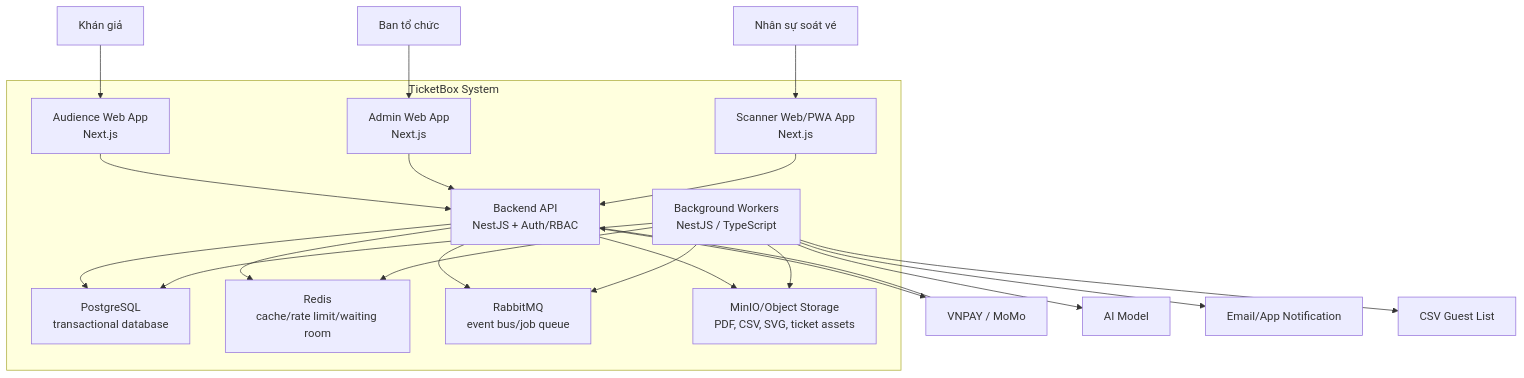
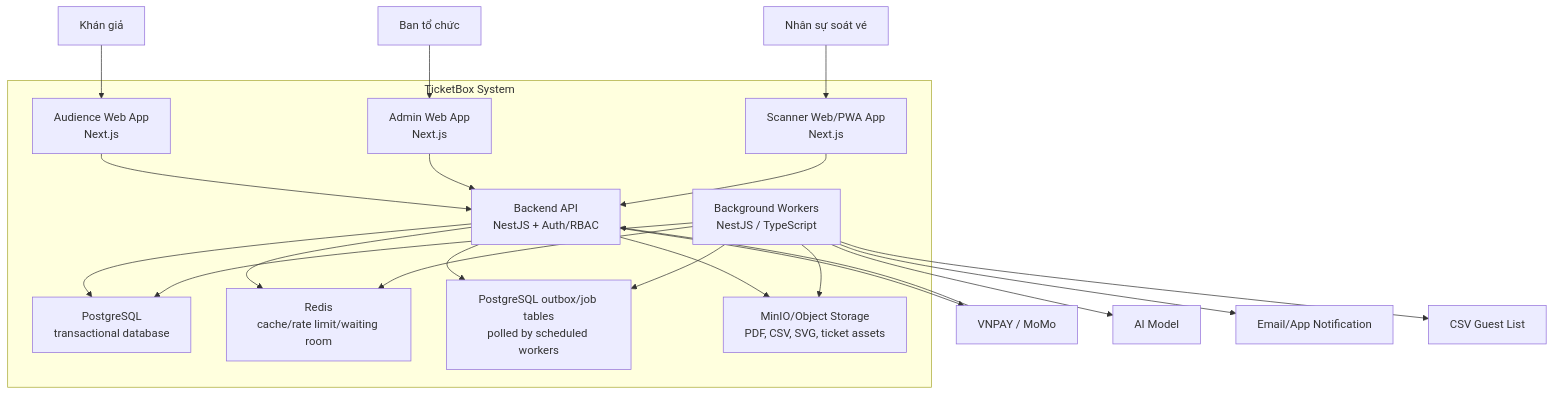
Before and after one commit to Toanapr/ticket-box: the second of 2 diagrams in blueprint/02-c4-diagrams.md, drawn with Mermaid. The commit also changed other lines of this file and 16 other files, not shown here.

````diff
--- a/blueprint/02-c4-diagrams.md
+++ b/blueprint/02-c4-diagrams.md
@@ -38,47 +38,47 @@
 ```mermaid
 flowchart TD
     Audience["Khán giả"]
     Organizer["Ban tổ chức"]
     ScannerStaff["Nhân sự soát vé"]
 
     subgraph TicketBox["TicketBox System"]
         AudienceWeb["Audience Web App<br/>Next.js"]
         AdminWeb["Admin Web App<br/>Next.js"]
         ScannerApp["Scanner Web/PWA App<br/>Next.js"]
         Gateway["Backend API<br/>NestJS + Auth/RBAC"]
         Workers["Background Workers<br/>NestJS / TypeScript"]
         Postgres["PostgreSQL<br/>transactional database"]
         Redis["Redis<br/>cache/rate limit/waiting room"]
-        RabbitMQ["RabbitMQ<br/>event bus/job queue"]
+        Outbox["PostgreSQL outbox/job tables<br/>polled by scheduled workers"]
         ObjectStorage["MinIO/Object Storage<br/>PDF, CSV, SVG, ticket assets"]
     end
 
     Payment["VNPAY / MoMo"]
     AI["AI Model"]
     Email["Email/App Notification"]
     CSVSource["CSV Guest List"]
 
     Audience --> AudienceWeb
     Organizer --> AdminWeb
     ScannerStaff --> ScannerApp
 
     AudienceWeb --> Gateway
     AdminWeb --> Gateway
     ScannerApp --> Gateway
 
     Gateway --> Postgres
     Gateway --> Redis
-    Gateway --> RabbitMQ
+    Gateway --> Outbox
     Gateway --> ObjectStorage
 
-    Workers --> RabbitMQ
+    Workers --> Outbox
     Workers --> Postgres
     Workers --> Redis
     Workers --> ObjectStorage
 
     Gateway --> Payment
     Payment --> Gateway
     Workers --> AI
     Workers --> Email
     Workers --> CSVSource
 ```
````
